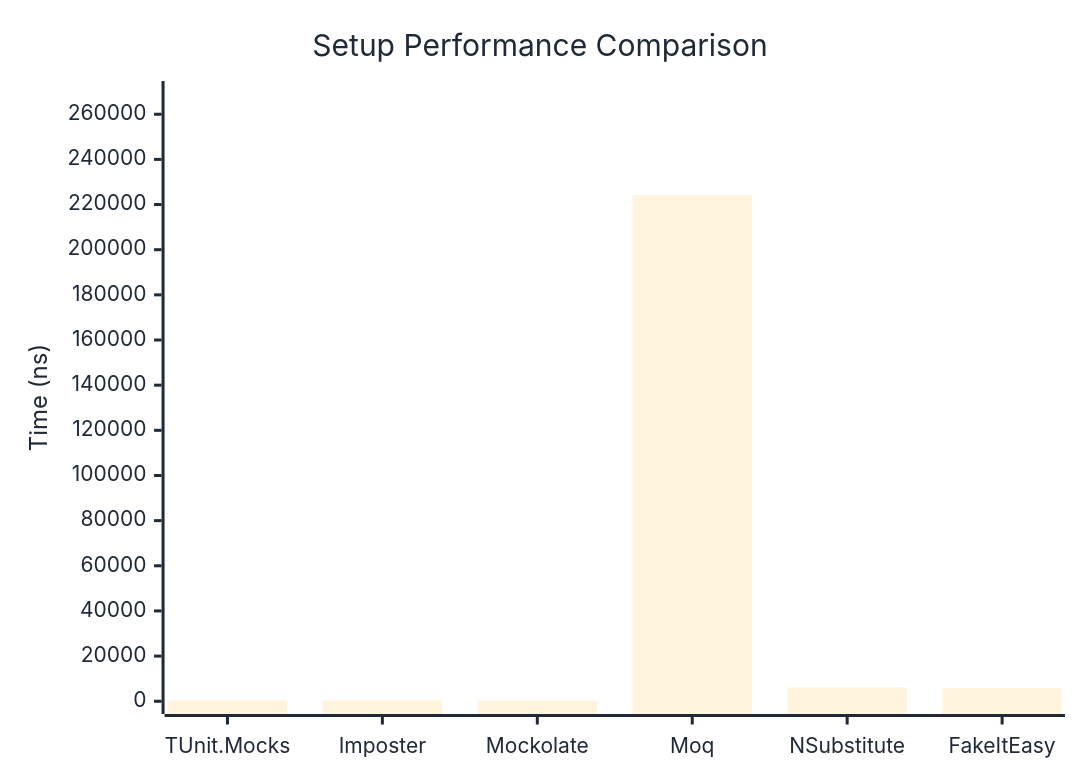
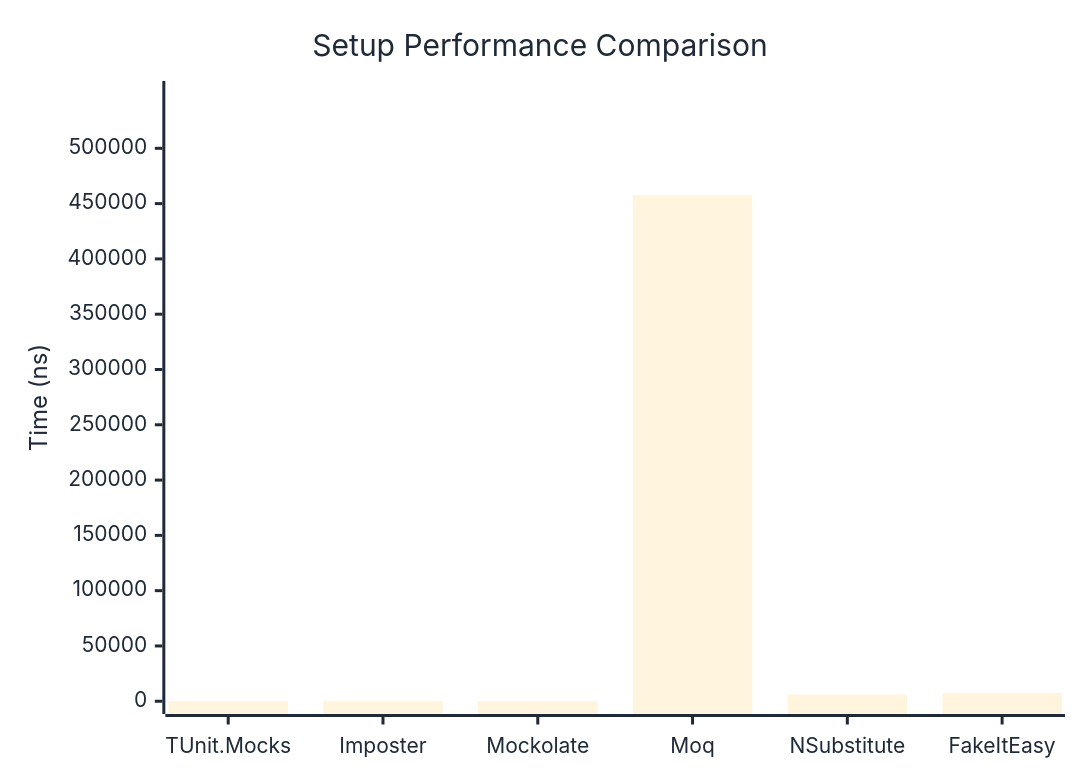
Before and after one commit to thomhurst/TUnit: the first of 2 diagrams in docs/docs/benchmarks/mocks/Setup.md, drawn with Mermaid. The commit also changed other lines of this file and 14 other files, not shown here.

````diff
--- a/docs/docs/benchmarks/mocks/Setup.md
+++ b/docs/docs/benchmarks/mocks/Setup.md
@@ -30,27 +30,27 @@
 ```mermaid
 %%{init: {
   'theme':'base',
   'themeVariables': {
     'primaryColor': '#2563eb',
     'primaryTextColor': '#1f2937',
     'primaryBorderColor': '#1e40af',
     'lineColor': '#6b7280',
     'secondaryColor': '#7c3aed',
     'tertiaryColor': '#dc2626',
     'background': '#ffffff',
     'pie1': '#2563eb',
     'pie2': '#7c3aed',
     'pie3': '#dc2626',
     'pie4': '#f59e0b',
     'pie5': '#10b981',
     'pie6': '#06b6d4',
     'pie7': '#ec4899',
     'pie8': '#6366f1'
   }
 }}%%
 xychart-beta
   title "Setup Performance Comparison"
   x-axis ["TUnit.Mocks", "Imposter", "Mockolate", "Moq", "NSubstitute", "FakeItEasy"]
-  y-axis "Time (ns)" 0 --> 269076
-  bar [328.5, 373.2, 204.9, 224229.7, 6120.5, 5883.7]
+  y-axis "Time (ns)" 0 --> 549345
+  bar [236.8, 294.9, 151.2, 457787.3, 6029.6, 7616.1]
 ```
````
